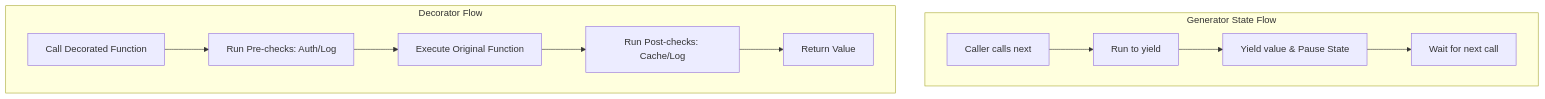
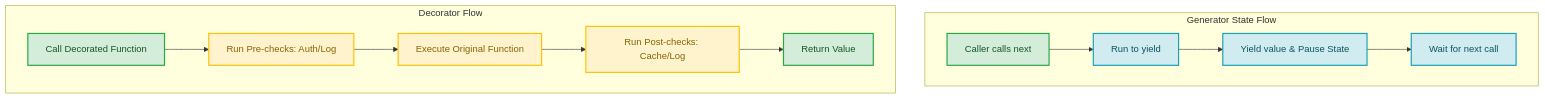
One commit to akshay-k-r/Interview-Prep-Resource changed the diagram in src/pages/03-lld/python/generators-decorators/index.mdx. Above: the diagram before and after it, drawn with Mermaid. The commit also changed 29 other files, not shown here.

````diff
--- a/src/pages/03-lld/python/generators-decorators/index.mdx
+++ b/src/pages/03-lld/python/generators-decorators/index.mdx
@@ -44,15 +44,24 @@
 ```mermaid
 graph TD
     subgraph Generator State Flow
         G_Start[Caller calls next] --> G_Run[Run to yield]
         G_Run --> G_Yield[Yield value & Pause State]
         G_Yield --> G_Wait[Wait for next call]
     end
     
     subgraph Decorator Flow
         D_Call[Call Decorated Function] --> D_Pre[Run Pre-checks: Auth/Log]
         D_Pre --> D_Exec[Execute Original Function]
         D_Exec --> D_Post[Run Post-checks: Cache/Log]
         D_Post --> D_Return[Return Value]
     end
+
+    %% Styles
+    classDef startEnd fill:#d4edda,stroke:#28a745,stroke-width:2px,color:#155724;
+    classDef genState fill:#d1ecf1,stroke:#17a2b8,stroke-width:2px,color:#0c5460;
+    classDef decState fill:#fff3cd,stroke:#ffc107,stroke-width:2px,color:#856404;
+
+    class G_Start,D_Call,D_Return startEnd;
+    class G_Run,G_Yield,G_Wait genState;
+    class D_Pre,D_Exec,D_Post decState;
 ```
````
